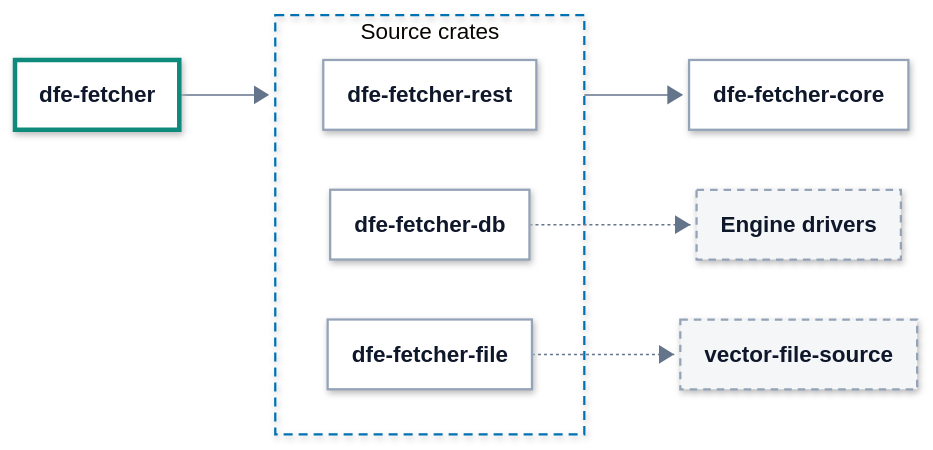
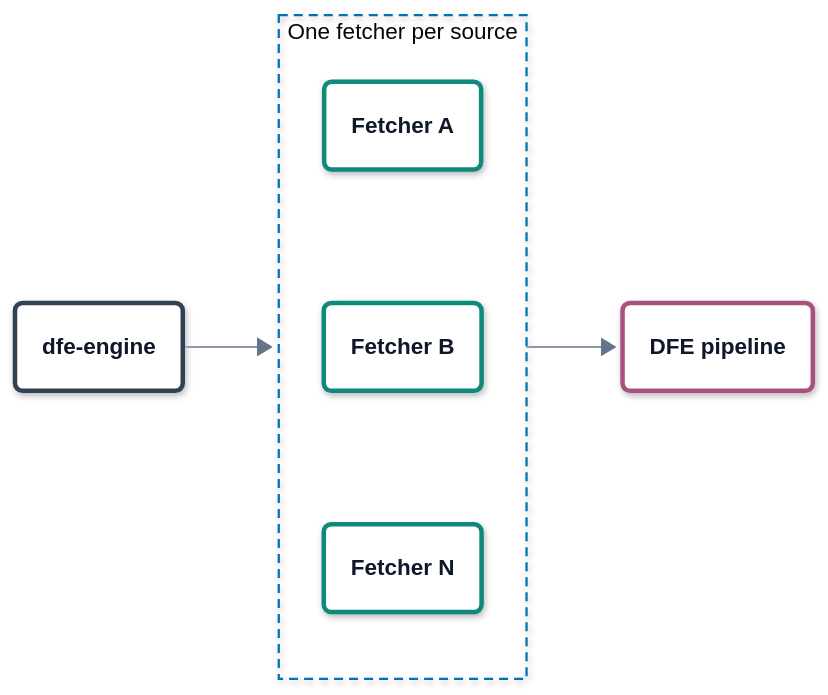
The second of 2 diagrams in docs/architecture.md (hyperi-io/dfe-fetcher), drawn with Mermaid before and after one commit. The commit also changed other lines of this file and 10 other files, not shown here.

First line of the commit message:
docs(architecture): bring the fetcher pages to the standard (#319)

````diff
--- a/docs/architecture.md
+++ b/docs/architecture.md
@@ -154,82 +157,80 @@
 ```mermaid
 ---
 config:
   theme: base
   look: neo
   fontFamily: Inter, -apple-system, Segoe UI, Roboto, Helvetica, Arial, sans-serif
   flowchart:
     curve: linear
     nodeSpacing: 40
     rankSpacing: 64
     padding: 18
     wrappingWidth: 280
     htmlLabels: true
   elk:
     preset: modelOrder
   themeVariables:
     fontSize: 15px
     lineColor: "#64748B"
     primaryTextColor: "#0F172A"
     clusterBorder: "#0072B2"
     edgeLabelBackground: "#FFFFFF"
   themeCSS: >-
     p{margin:0}
     .node[data-look] rect,.node[data-look] path,.node[data-look] polygon,.node[data-look] .outer-path{filter:drop-shadow(0 1px 2px rgba(15,23,42,.10)) drop-shadow(0 6px 14px rgba(15,23,42,.10))}
     .node rect{rx:10px;ry:10px}
     .cluster rect{rx:16px;ry:16px}
     .node .label div{min-width:150px}
     .node.decision .label div{min-width:0}
     .cluster[data-look] rect{filter:none}
     .nodeLabel{line-height:1.35}
     .nodeLabel b{font-weight:600;font-size:15px;letter-spacing:-0.01em}
     .nodeLabel span{font-size:12.5px;font-weight:400;color:#334155}
     .cluster-label span.nodeLabel{display:inline-block;background:#FFFFFF;color:#0B2A3F;border:1.5px solid #0072B2;border-radius:999px;padding:2px 12px;font-size:11.5px;font-weight:700;letter-spacing:.09em;text-transform:uppercase}
     .flowchart-link{stroke-width:1.75px}
     .labelBkg{background:transparent!important}
     span.edgeLabel{display:inline-block;background:#FFFFFF!important;color:#1E293B;border:1px solid #94A3B8;border-radius:999px;padding:2px 10px;font-size:12px;font-weight:500}
     span.edgeLabel p{background:transparent!important}
     .label-icon{width:20px;height:20px;vertical-align:-4px;margin-right:6px}
     .ingest .label-icon{color:#0E8A7D}
     .xform .label-icon{color:#7B4FB0}
     .load .label-icon{color:#0072B2}
     .bus .label-icon{color:#A8517F}
     .store .label-icon{color:#00785A}
     .ui .label-icon{color:#D9480F}
     .ext .label-icon{color:#64748B}
 ---
 flowchart LR
-    accTitle: L4 Detail -- Workspace crates
-    accDescr: The dfe-fetcher app crate depends on the three source crates, and each source crate depends on the I/O-free core crate. The database crate's engine drivers and the file crate's copy of Vector's tailer are optional, each behind a cargo feature.
+    accTitle: L3 Components -- Fetcher deployments on Kubernetes
+    accDescr: dfe-engine writes one fetcher deployment for each configured source. Every fetcher sends its records to the same DFE pipeline.
 
-    app["<b>dfe-fetcher</b>"]
+    engine("<b>dfe-engine</b>")
 
-    subgraph sources["Source crates"]
-        rest["<b>dfe-fetcher-rest</b>"]
-        db["<b>dfe-fetcher-db</b>"]
-        file["<b>dfe-fetcher-file</b>"]
+    subgraph fetchers["One fetcher per source"]
+        direction TB
+        f1("<b>Fetcher A</b>")
+        f2("<b>Fetcher B</b>")
+        f3("<b>Fetcher N</b>")
+        f1 ~~~ f2 ~~~ f3
     end
 
-    engines["<b>Engine drivers</b>"]
-    tailer["<b>vector-file-source</b>"]
-    core["<b>dfe-fetcher-core</b>"]
+    dfe("<b>DFE pipeline</b>")
 
-    app --> sources
-    sources --> core
-    db -.-> engines
-    file -.-> tailer
+    engine --> fetchers
+    fetchers --> dfe
+  class engine control
+  class dfe bus
+  class f1,f2,f3 ingest
   classDef ext fill:#F4F6F8,stroke:#94A3B8,stroke-width:1.5px,stroke-dasharray:5 4,color:#0F172A
   classDef ingest fill:#FFFFFF,stroke:#0E8A7D,stroke-width:3px,color:#0F172A
   classDef xform fill:#FFFFFF,stroke:#7B4FB0,stroke-width:3px,color:#0F172A
   classDef load fill:#FFFFFF,stroke:#0072B2,stroke-width:3px,color:#0F172A
   classDef bus fill:#FFFFFF,stroke:#A8517F,stroke-width:3px,color:#0F172A
   classDef store fill:#FFFFFF,stroke:#00785A,stroke-width:3px,color:#0F172A
   classDef ui fill:#FFFFFF,stroke:#D9480F,stroke-width:3px,color:#0F172A
   classDef decision fill:#FFFFFF,stroke:#9A6700,stroke-width:3px,color:#0F172A
   classDef error fill:#FFFFFF,stroke:#C2410C,stroke-width:3px,color:#0F172A
   classDef control fill:#FFFFFF,stroke:#334155,stroke-width:3px,color:#0F172A
   classDef part fill:#FFFFFF,stroke:#94A3B8,stroke-width:1.5px,color:#0F172A
-  class app ingest
-  class rest,db,file,core part
-  class engines,tailer ext
-  style sources fill:none,stroke:#0072B2,stroke-width:1.5px,stroke-dasharray:6 4
+  style fetchers fill:none,stroke:#0072B2,stroke-width:1.5px,stroke-dasharray:6 4
 ```
````
